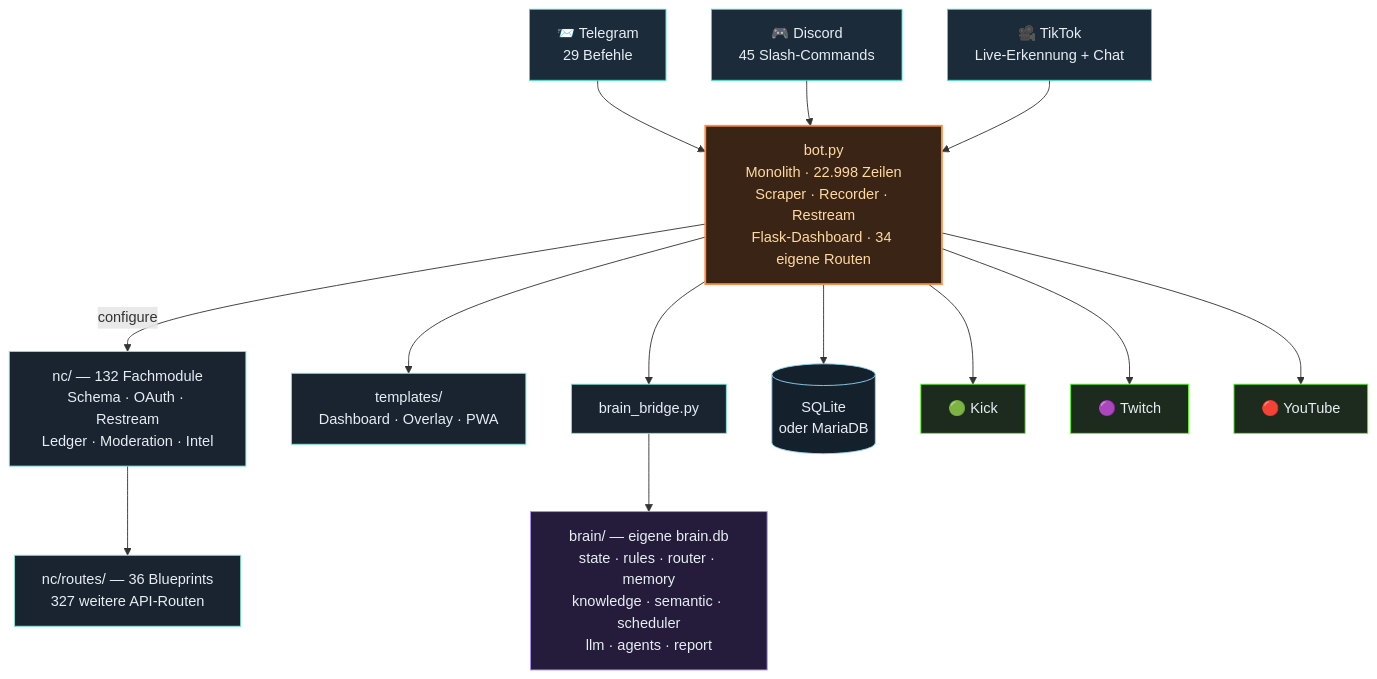
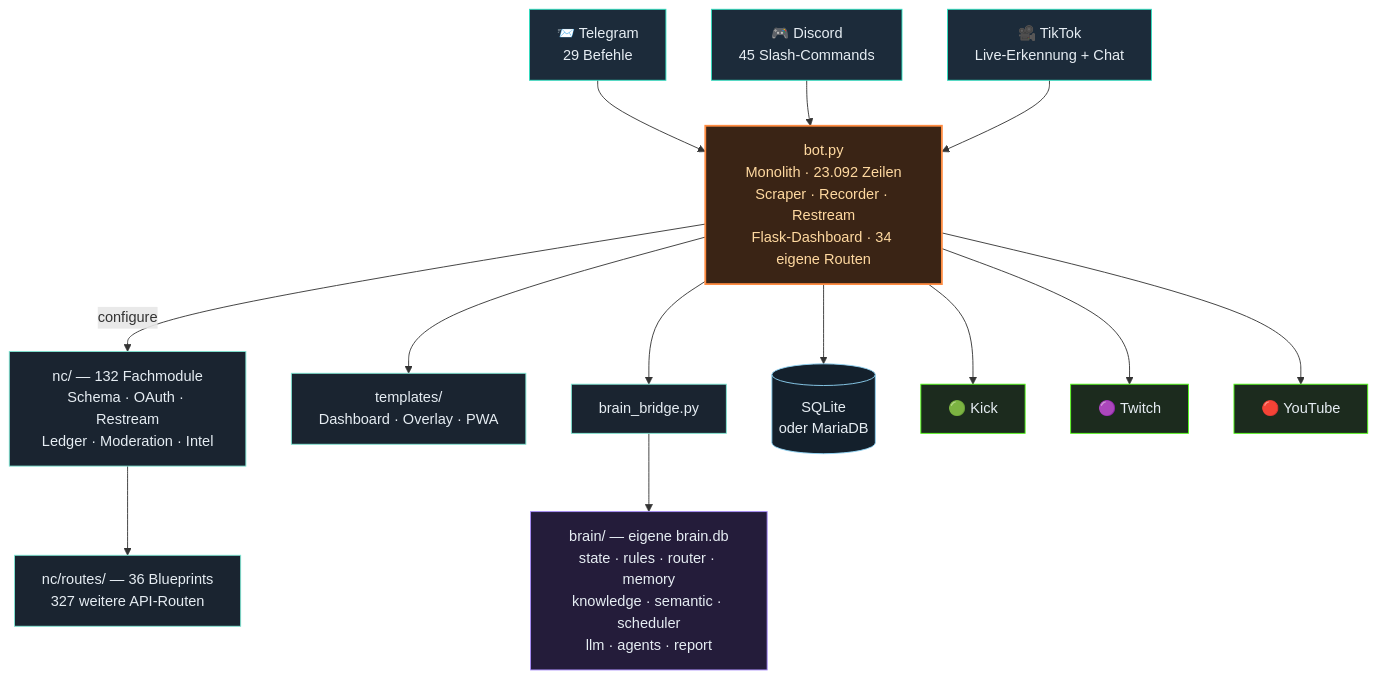
Before and after one commit to itsamemedev/Telegram-Stream-Info-Bot: the third of 4 diagrams in README.md, drawn with Mermaid. The commit also changed other lines of this file and 12 other files, not shown here.

````diff
--- a/README.md
+++ b/README.md
@@ -189,30 +189,30 @@
 ```mermaid
 flowchart TB
     TG["📨 Telegram<br/>29 Befehle"]:::ein
     DC["🎮 Discord<br/>45 Slash-Commands"]:::ein
     TT["🎥 TikTok<br/>Live-Erkennung + Chat"]:::ein
 
     TG --> BOT
     DC --> BOT
     TT --> BOT
 
-    BOT["bot.py<br/>Monolith · 22.998 Zeilen<br/>Scraper · Recorder · Restream<br/>Flask-Dashboard · 34 eigene Routen"]:::core
+    BOT["bot.py<br/>Monolith · 23.092 Zeilen<br/>Scraper · Recorder · Restream<br/>Flask-Dashboard · 34 eigene Routen"]:::core
 
     BOT -->|configure| NC["nc/ — 132 Fachmodule<br/>Schema · OAuth · Restream<br/>Ledger · Moderation · Intel"]:::lib
     NC --> RT["nc/routes/ — 36 Blueprints<br/>327 weitere API-Routen"]:::lib
     BOT --> TPL["templates/<br/>Dashboard · Overlay · PWA"]:::lib
     BOT --> BR["brain_bridge.py"]:::lib
     BR --> BRAIN["brain/ — eigene brain.db<br/>state · rules · router · memory<br/>knowledge · semantic · scheduler<br/>llm · agents · report"]:::brain
     BOT --> DB[("SQLite<br/>oder MariaDB")]:::db
 
     BOT --> KICK["🟢 Kick"]:::out
     BOT --> TW["🟣 Twitch"]:::out
     BOT --> YT["🔴 YouTube"]:::out
 
     classDef ein fill:#1c2b3a,stroke:#2de1c2,color:#e6edf3
     classDef core fill:#3a2415,stroke:#ff8c42,stroke-width:2px,color:#ffd9a0
     classDef lib fill:#1a2430,stroke:#7fe7d4,color:#e6edf3
     classDef brain fill:#241c3a,stroke:#a78bfa,color:#e6edf3
     classDef db fill:#14202c,stroke:#8fd3f4,color:#e6edf3
     classDef out fill:#1c2b1e,stroke:#53fc18,color:#e6edf3
 ```
````
